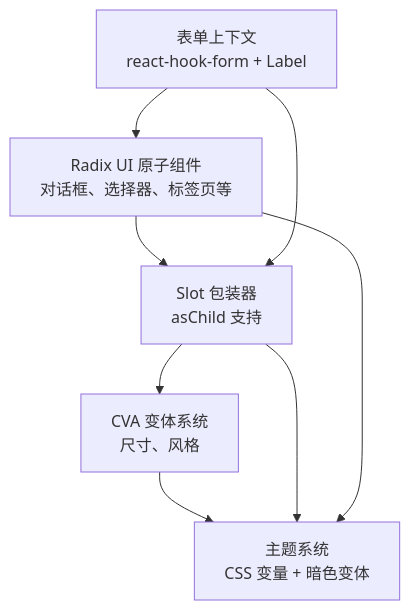
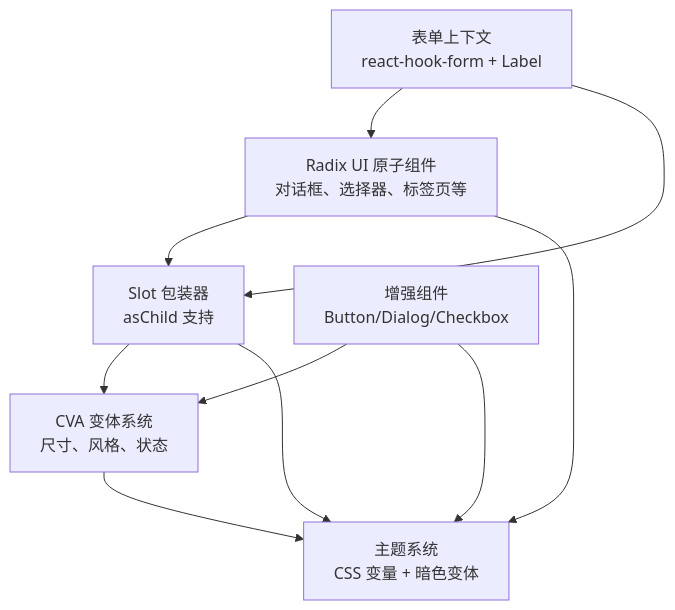
The second of 3 diagrams in .qoder/repowiki/zh/content/UI组件库/UI组件库.md (chinak/permission_apply), drawn with Mermaid before and after one commit. The commit also changed other lines of this file and 94 other files, not shown here.

````diff
--- a/.qoder/repowiki/zh/content/UI组件库/UI组件库.md
+++ b/.qoder/repowiki/zh/content/UI组件库/UI组件库.md
@@ -128,15 +139,18 @@
 ```mermaid
 graph TB
 R["Radix UI 原子组件<br/>对话框、选择器、标签页等"]
-CVA["CVA 变体系统<br/>尺寸、风格"]
+CVA["CVA 变体系统<br/>尺寸、风格、状态"]
 SLOT["Slot 包装器<br/>asChild 支持"]
 RFORM["表单上下文<br/>react-hook-form + Label"]
 THEME["主题系统<br/>CSS 变量 + 暗色变体"]
+IMPROVED["增强组件<br/>Button/Dialog/Checkbox"]
 R --> SLOT
 SLOT --> CVA
 RFORM --> R
 RFORM --> SLOT
 CVA --> THEME
 SLOT --> THEME
 R --> THEME
+IMPROVED --> CVA
+IMPROVED --> THEME
 ```
````
